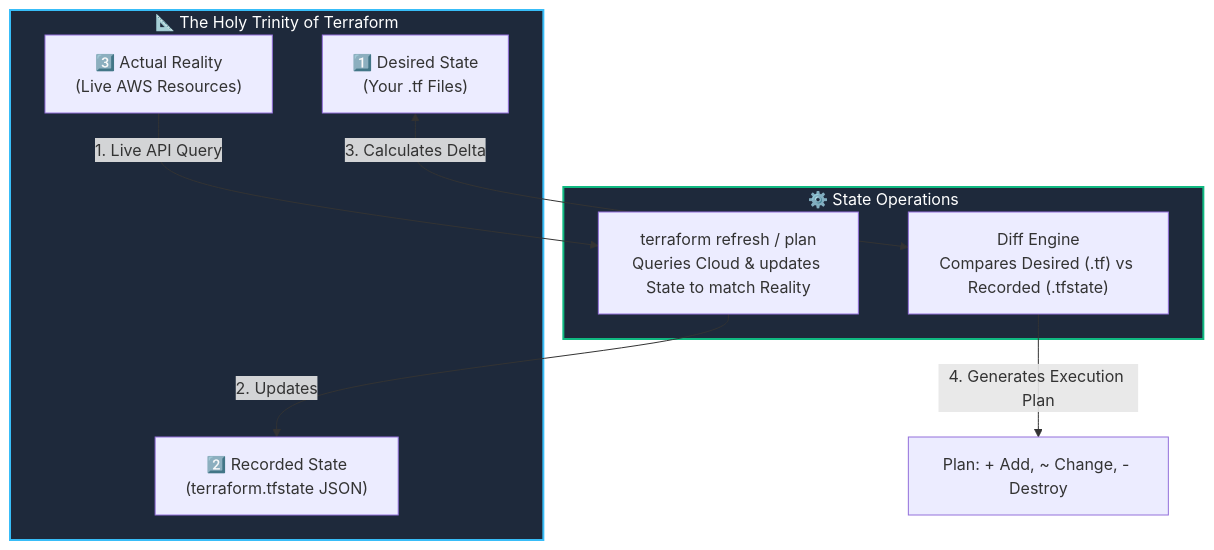
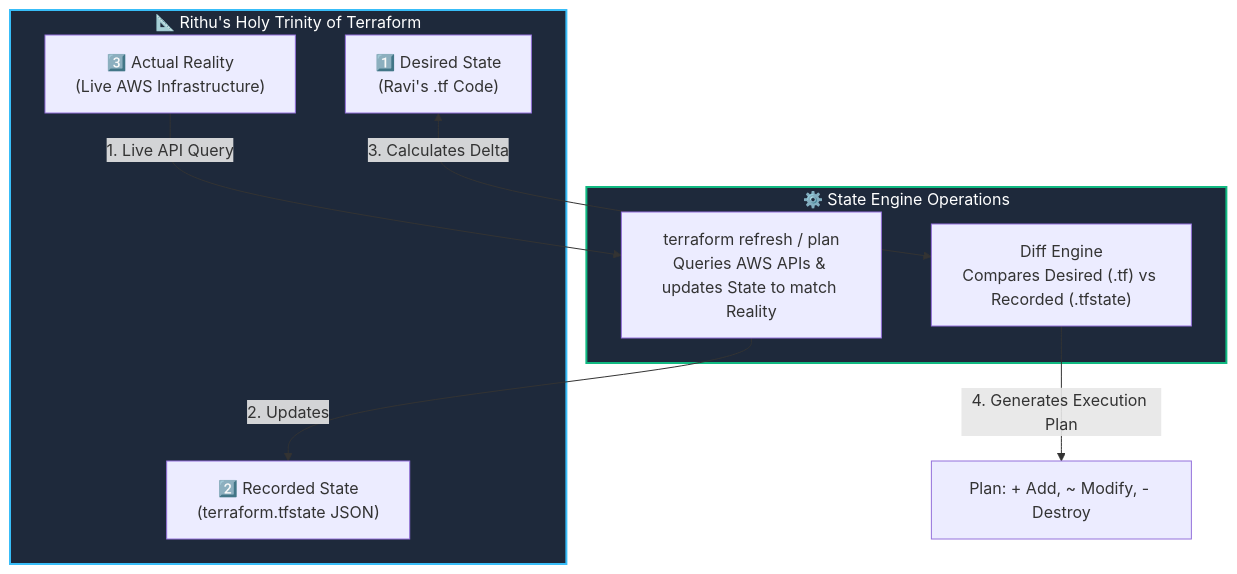
The diagram in 08-state-management/README.md (agravi987/Learning-Terraform-For-DevOps), drawn with Mermaid before and after one commit. The commit also changed other lines of this file and 18 other files, not shown here.

Commit message:
docs: enrich curriculum with Mentor Rithu and Student Ravi interactive learning experience

````diff
--- a/08-state-management/README.md
+++ b/08-state-management/README.md
@@ -23,21 +27,21 @@
 ```mermaid
 flowchart TD
-    subgraph Trinity ["📐 The Holy Trinity of Terraform"]
-        CODE["1️⃣ Desired State\n(Your .tf Files)"]
+    subgraph Trinity ["📐 Rithu's Holy Trinity of Terraform"]
+        CODE["1️⃣ Desired State\n(Ravi's .tf Code)"]
         STATE["2️⃣ Recorded State\n(terraform.tfstate JSON)"]
-        CLOUD["3️⃣ Actual Reality\n(Live AWS Resources)"]
+        CLOUD["3️⃣ Actual Reality\n(Live AWS Infrastructure)"]
     end
 
-    subgraph Operations ["⚙️ State Operations"]
-        REFRESH["terraform refresh / plan\nQueries Cloud & updates State to match Reality"]
+    subgraph Operations ["⚙️ State Engine Operations"]
+        REFRESH["terraform refresh / plan\nQueries AWS APIs & updates State to match Reality"]
         DIFF["Diff Engine\nCompares Desired (.tf) vs Recorded (.tfstate)"]
     end
 
     CLOUD -->|1. Live API Query| REFRESH
     REFRESH -->|2. Updates| STATE
     CODE <-->|3. Calculates Delta| DIFF
-    DIFF -->|4. Generates Execution Plan| PLAN["Plan: + Add, ~ Change, - Destroy"]
+    DIFF -->|4. Generates Execution Plan| PLAN["Plan: + Add, ~ Modify, - Destroy"]
 
     style Trinity fill:#1e293b,stroke:#38bdf8,stroke-width:2px,color:#fff
     style Operations fill:#1e293b,stroke:#10b981,stroke-width:2px,color:#fff
 ```
````
